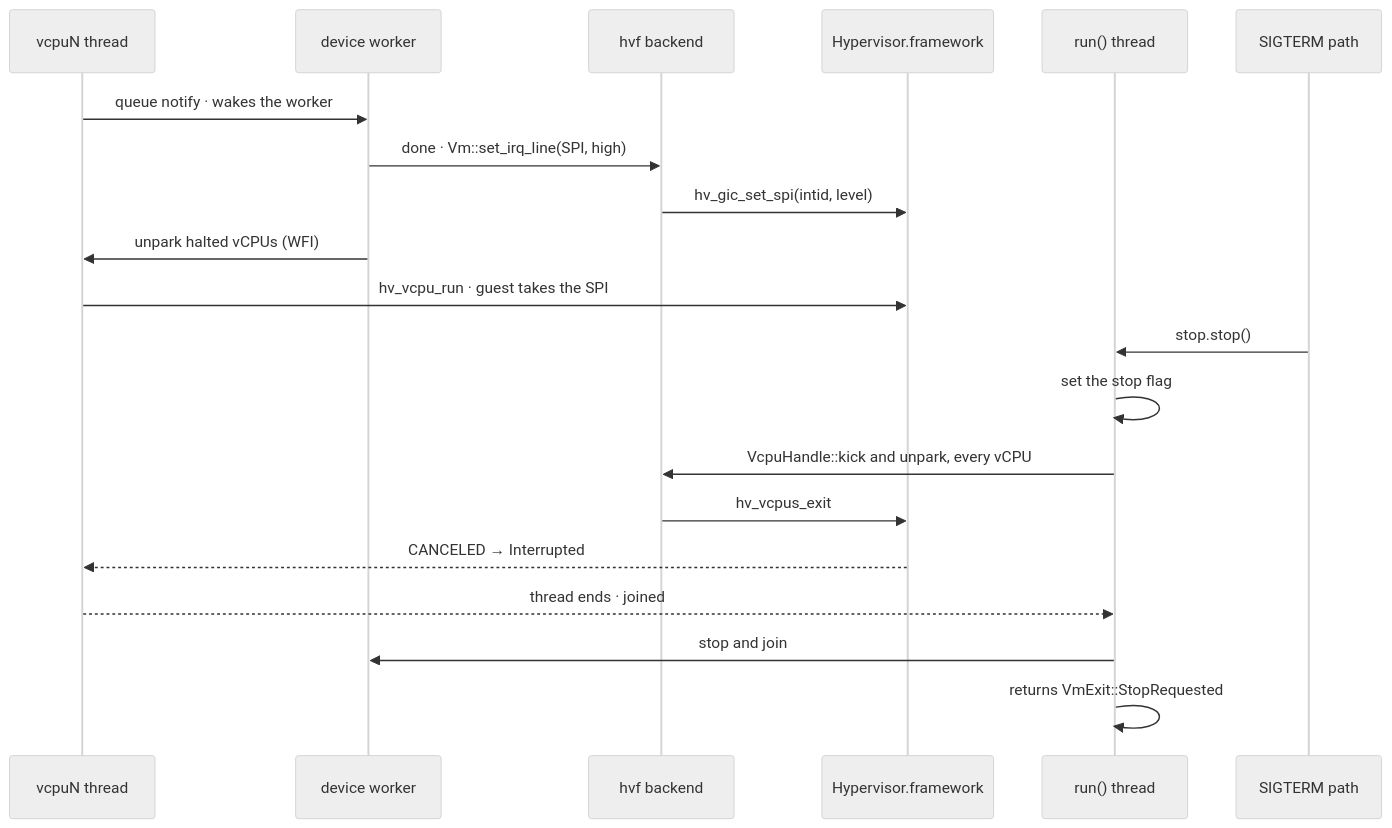
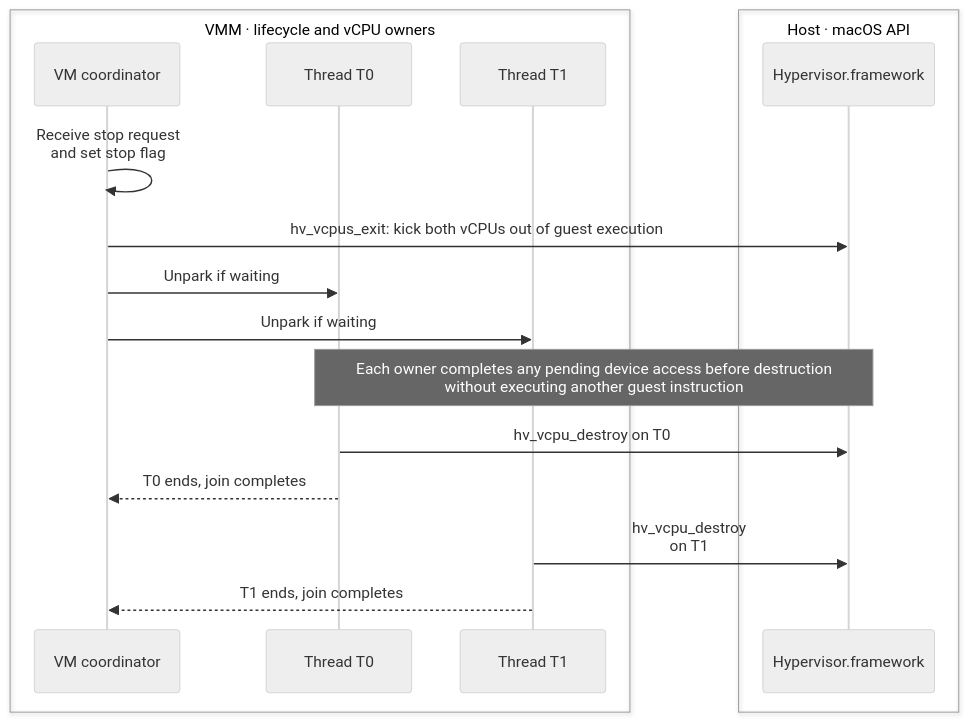
Before and after one commit to boxlite-ai/boxlite: the eighth of 9 diagrams in docs/architecture/vmm/hvf.md, drawn with Mermaid (neutral theme). The commit also changed other lines of this file and 3 other files, not shown here.

````diff
--- a/docs/architecture/vmm/hvf.md
+++ b/docs/architecture/vmm/hvf.md
@@ -253,35 +246,28 @@
 ```mermaid
 sequenceDiagram
-  participant vcpu as vcpuN thread
-  participant worker as device worker
-  participant backend as hvf backend
-  participant hvf as Hypervisor.framework
-  participant runner as run() thread
-  participant shim as SIGTERM path
-  %% edge:i_notify
-  vcpu->>worker: queue notify · wakes the worker
-  %% edge:i_set_line
-  worker->>backend: done · Vm::set_irq_line(SPI, high)
-  %% edge:i_spi
-  backend->>hvf: hv_gic_set_spi(intid, level)
-  %% edge:i_unpark
-  worker->>vcpu: unpark halted vCPUs (WFI)
-  %% edge:i_run
-  vcpu->>hvf: hv_vcpu_run · guest takes the SPI
-  %% edge:i_stop
-  shim->>runner: stop.stop()
-  %% edge:i_flag
-  runner->>runner: set the stop flag
-  %% edge:i_kick
-  runner->>backend: VcpuHandle::kick and unpark, every vCPU
-  %% edge:i_vcpus_exit
-  backend->>hvf: hv_vcpus_exit
-  %% edge:i_canceled
-  hvf-->>vcpu: CANCELED → Interrupted
-  %% edge:i_join
-  vcpu-->>runner: thread ends · joined
-  %% edge:i_workers
-  runner->>worker: stop and join
-  %% edge:i_return
-  runner->>runner: returns VmExit::StopRequested
+  box VMM · lifecycle and vCPU owners
+    participant coordinator as VM coordinator
+    participant thread0 as Thread T0
+    participant thread1 as Thread T1
+  end
+  box Host · macOS API
+    participant hvf as Hypervisor.framework
+  end
+  %% edge:stop_flag
+  coordinator->>coordinator: Receive stop request<br/>and set stop flag
+  %% edge:stop_kick
+  coordinator->>hvf: hv_vcpus_exit: kick both vCPUs out of guest execution
+  %% edge:stop_unpark0
+  coordinator->>thread0: Unpark if waiting
+  %% edge:stop_unpark1
+  coordinator->>thread1: Unpark if waiting
+  Note over thread0,hvf: Each owner completes any pending device access before destruction<br/>without executing another guest instruction
+  %% edge:stop_destroy0
+  thread0->>hvf: hv_vcpu_destroy on T0
+  %% edge:stop_done0
+  thread0-->>coordinator: T0 ends, join completes
+  %% edge:stop_destroy1
+  thread1->>hvf: hv_vcpu_destroy<br/>on T1
+  %% edge:stop_done1
+  thread1-->>coordinator: T1 ends, join completes
 ```
````
